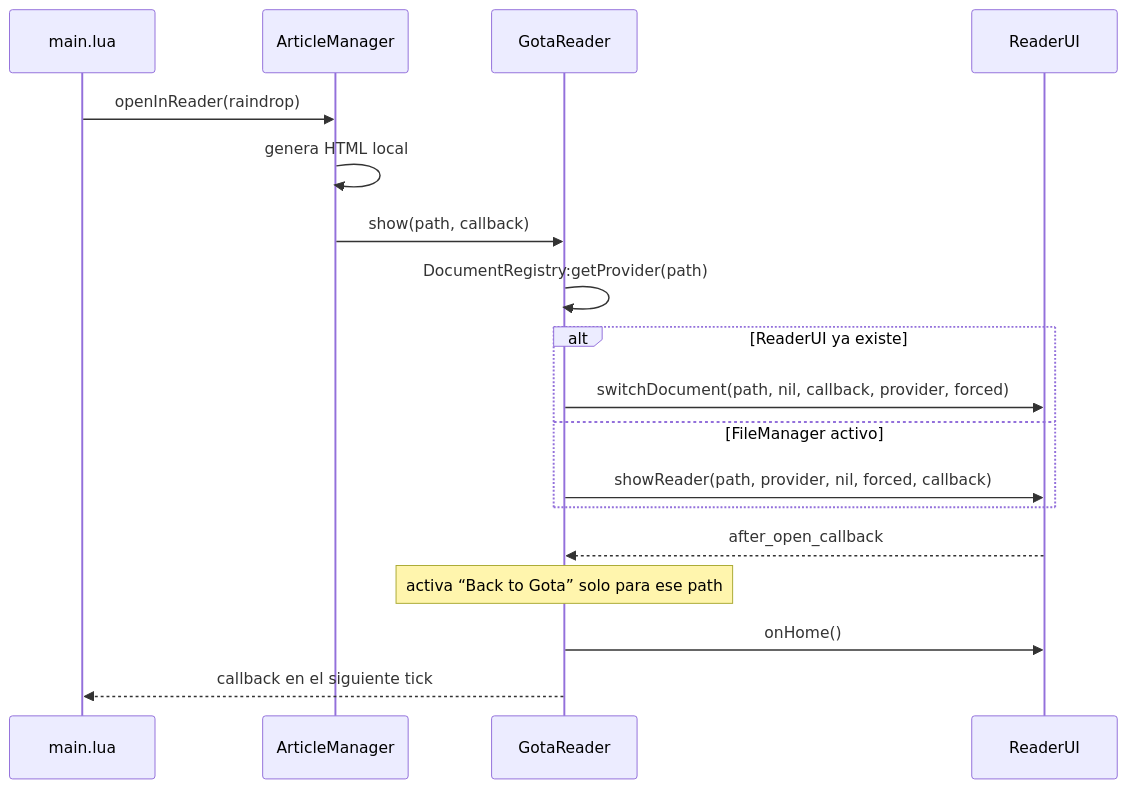
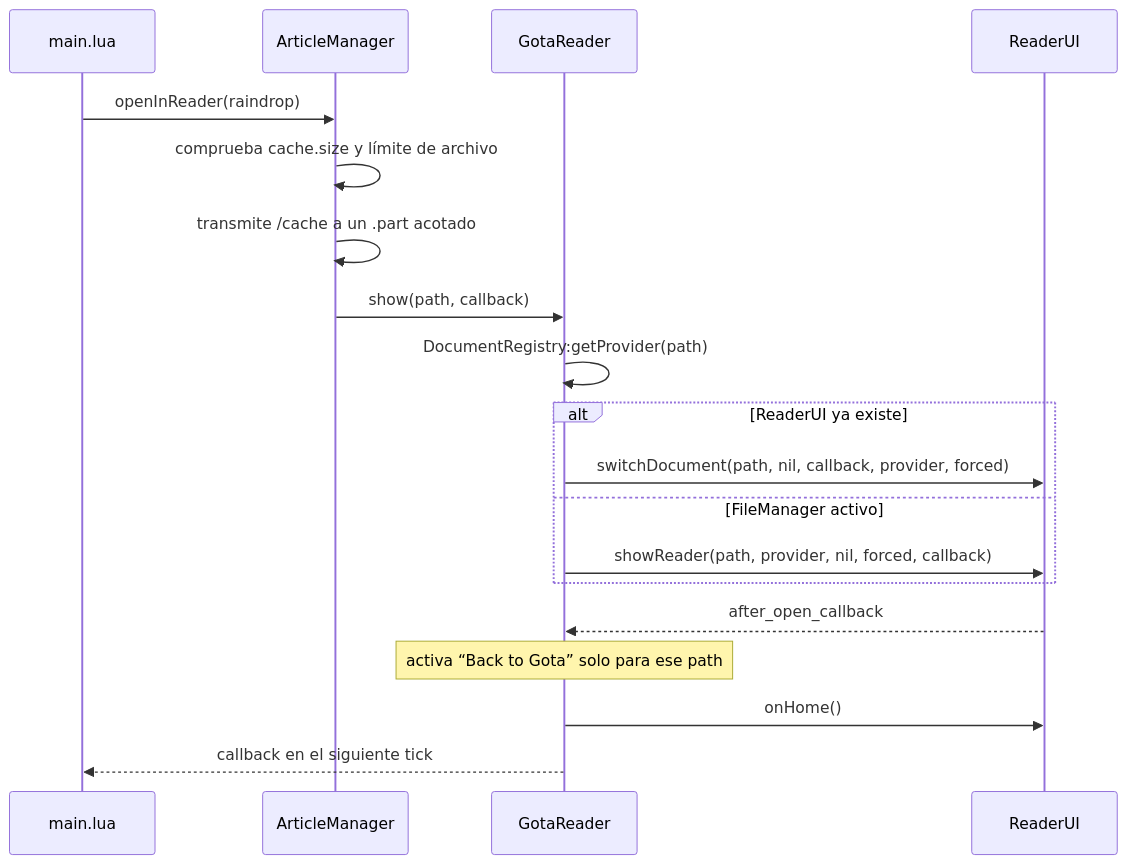
One commit to cristenger/gota.koplugin-for-raindrop changed the second of 2 diagrams in gota.koplugin/ARCHITECTURE.md. Above: the diagram before and after it, drawn with Mermaid. The commit also changed other lines of this file and 4 other files, not shown here.

````diff
--- a/gota.koplugin/ARCHITECTURE.md
+++ b/gota.koplugin/ARCHITECTURE.md
@@ -55,21 +55,22 @@
 ```mermaid
 sequenceDiagram
     participant UI as main.lua
     participant AM as ArticleManager
     participant GR as GotaReader
     participant RU as ReaderUI
 
     UI->>AM: openInReader(raindrop)
-    AM->>AM: genera HTML local
+    AM->>AM: comprueba cache.size y límite de archivo
+    AM->>AM: transmite /cache a un .part acotado
     AM->>GR: show(path, callback)
     GR->>GR: DocumentRegistry:getProvider(path)
     alt ReaderUI ya existe
         GR->>RU: switchDocument(path, nil, callback, provider, forced)
     else FileManager activo
         GR->>RU: showReader(path, provider, nil, forced, callback)
     end
     RU-->>GR: after_open_callback
     Note over GR: activa “Back to Gota” solo para ese path
     GR->>RU: onHome()
     GR-->>UI: callback en el siguiente tick
 ```
````
